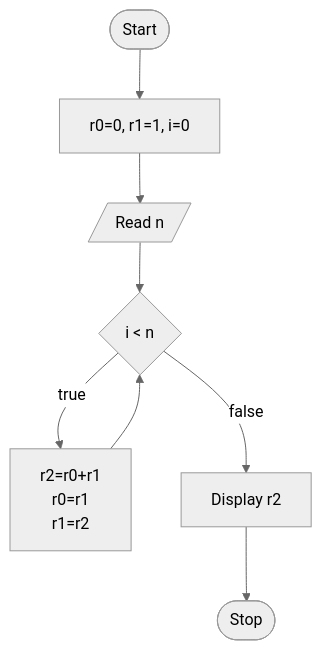
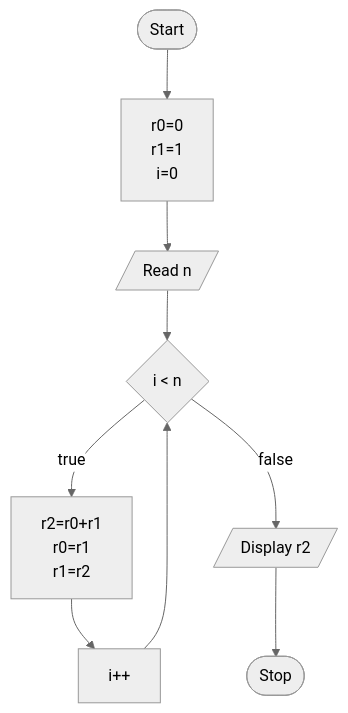
The diagram in README.md (koayck/Fibonacci-Flowchart), drawn with Mermaid (neutral theme) before and after one commit.

````diff
--- a/README.md
+++ b/README.md
@@ -5,9 +5,6 @@
 ```mermaid
 flowchart TD;
-    A([Start]) --> Ini[r0=0, r1=1, i=0] --> I[/Read n/] --> W{i < n}
-    W -- true --> P[r2=r0+r1 <br> r0=r1 <br> r1=r2] --> W{i < n}
-    W -- false --> O[Display r2] --> Z([Stop])
-    
-    
-    
-```
+    A([Start]) --> Ini[r0=0 <br> r1=1 <br> i=0] --> I[/Read n/] --> W{i < n}
+    W -- true --> P[r2=r0+r1 <br> r0=r1 <br> r1=r2] --> P1[i++] --> W{i < n}
+    W -- false --> O[/Display r2/] --> Z([Stop])
+``` 
````
